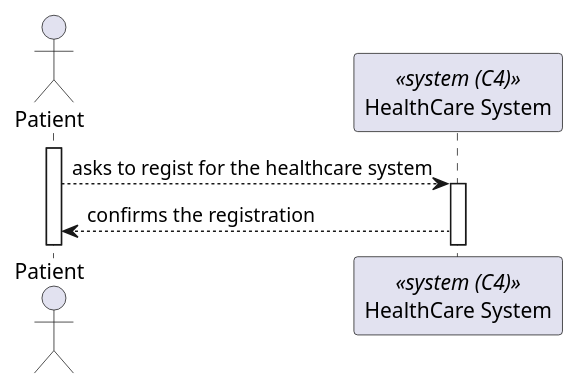
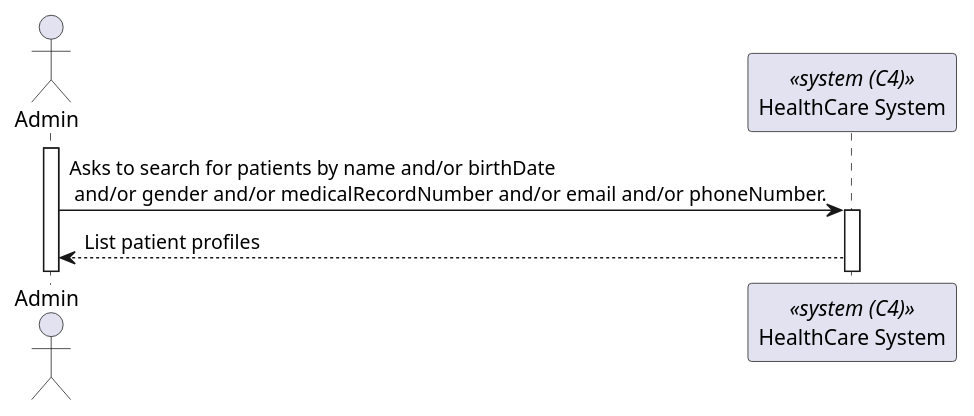
One commit to Lapr5G21/sem5pi-24-25-3ddg21 changed the diagram in docs/PatientProfilesListing/views/level1/process-view.puml. Above: the diagram before and after it, drawn with PlantUML. The commit also changed 31 other files, not shown here.

```diff
--- a/docs/PatientProfilesListing/views/level1/process-view.puml
+++ b/docs/PatientProfilesListing/views/level1/process-view.puml
@@ -1,16 +1,15 @@
-@startuml
+@startuml PatientProfilesListing(level1)
 
-actor Patient as "Patient"
+actor Admin as "Admin"
 participant SYS as "HealthCare System" <<system (C4)>>
 
-activate Patient 
+activate Admin 
 
-Patient --> SYS : asks to regist for the healthcare system 
-
+Admin -> SYS : Asks to search for patients by name and/or birthDate \n and/or gender and/or medicalRecordNumber and/or email and/or phoneNumber.
 
 activate SYS 
 
-SYS --> Patient : confirms the registration
+SYS --> Admin : List patient profiles
 
 
 @enduml
```
